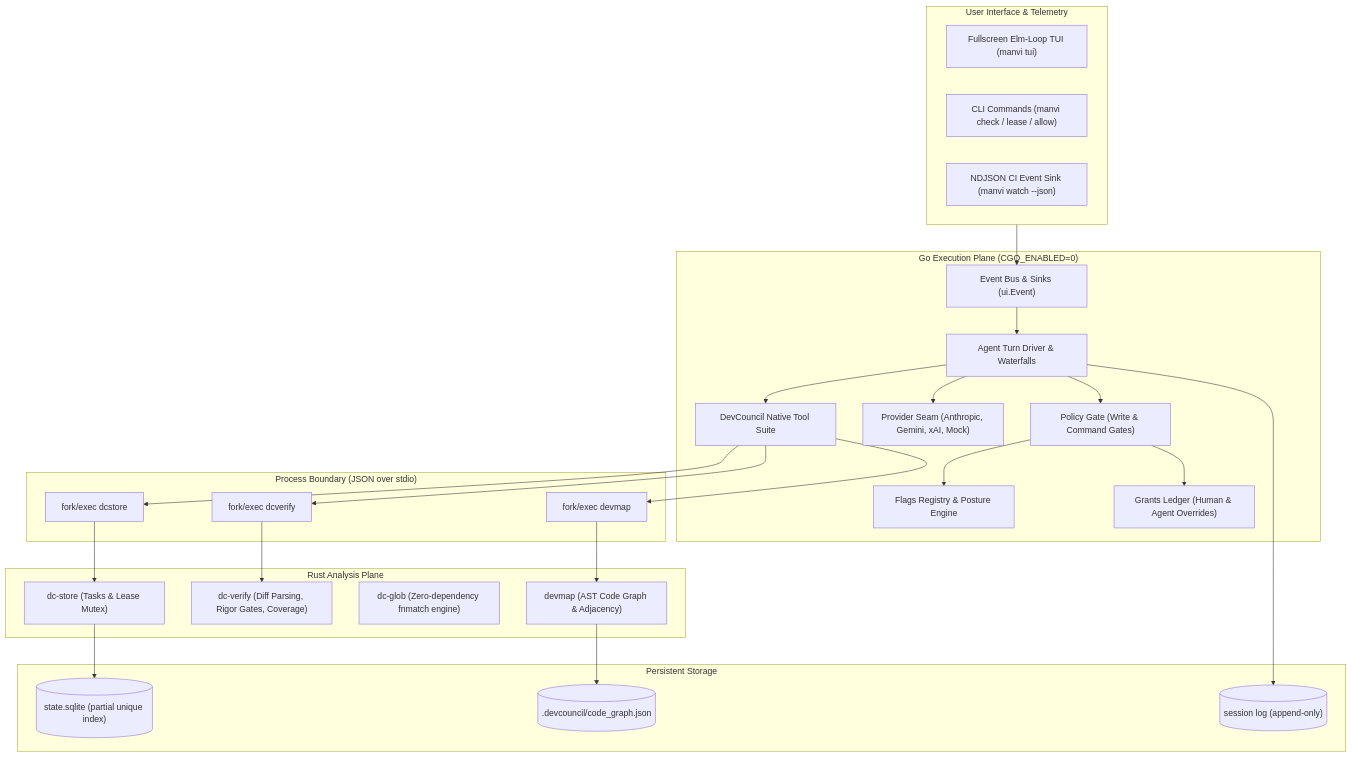
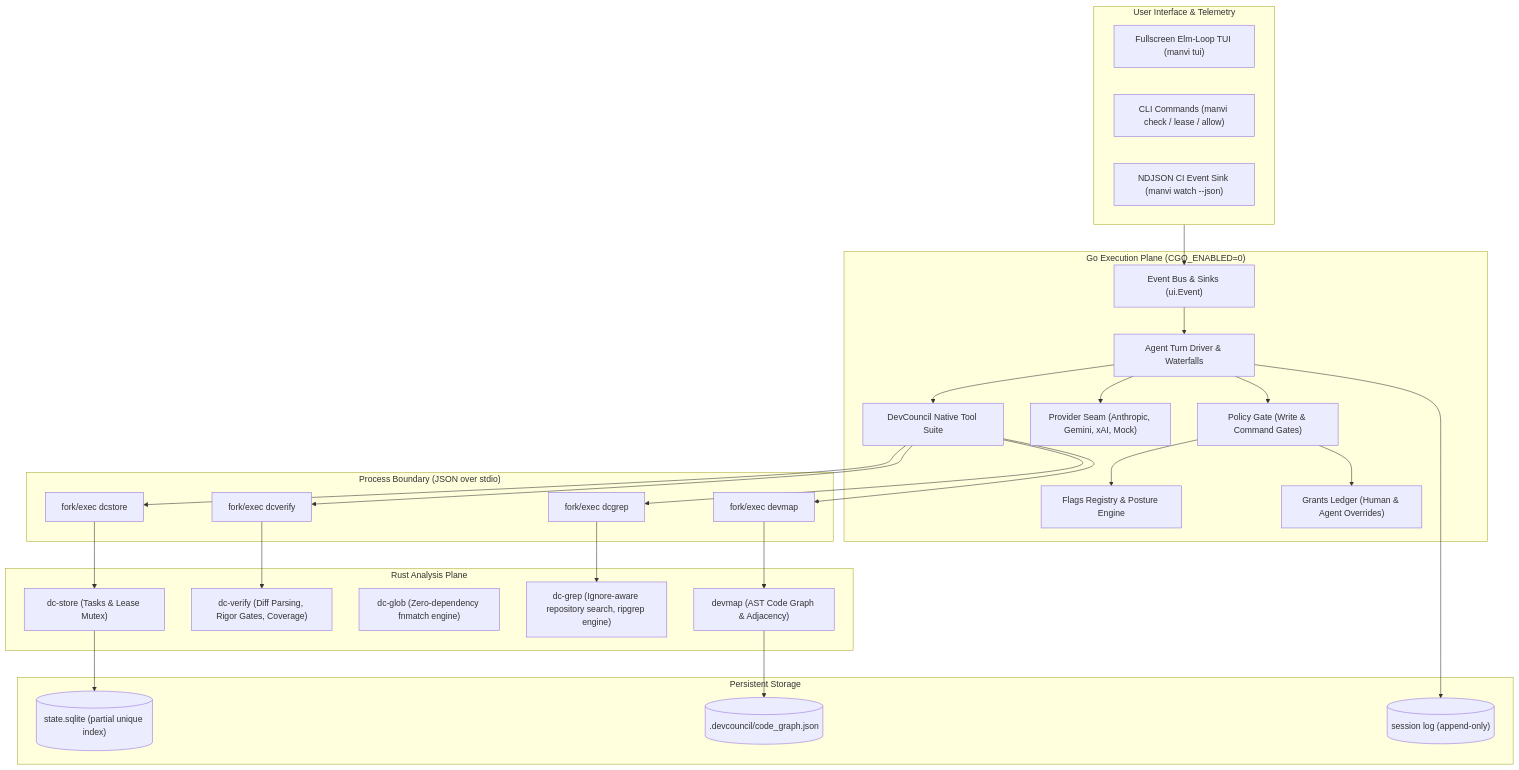
The first of 5 diagrams in docs/ARCHITECTURE.md (bharathvbcr/Manvi), drawn with Mermaid before and after one commit. The commit also changed other lines of this file and 25 other files, not shown here.

````diff
--- a/docs/ARCHITECTURE.md
+++ b/docs/ARCHITECTURE.md
@@ -11,52 +11,55 @@
 ```mermaid
 flowchart TB
     subgraph UserInterface["User Interface & Telemetry"]
         TUI["Fullscreen Elm-Loop TUI (manvi tui)"]
         CLI["CLI Commands (manvi check / lease / allow)"]
         Stream["NDJSON CI Event Sink (manvi watch --json)"]
     end
 
     subgraph GoPlane["Go Execution Plane (CGO_ENABLED=0)"]
         Bus["Event Bus & Sinks (ui.Event)"]
         AgentLoop["Agent Turn Driver & Waterfalls"]
         Registry["Flags Registry & Posture Engine"]
         Gate["Policy Gate (Write & Command Gates)"]
         Grants["Grants Ledger (Human & Agent Overrides)"]
         Providers["Provider Seam (Anthropic, Gemini, xAI, Mock)"]
         Tools["DevCouncil Native Tool Suite"]
     end
 
     subgraph ProcessBoundary["Process Boundary (JSON over stdio)"]
         IPC1["fork/exec dcstore"]
         IPC2["fork/exec dcverify"]
         IPC3["fork/exec devmap"]
+        IPC4["fork/exec dcgrep"]
     end
 
     subgraph RustPlane["Rust Analysis Plane"]
         DCStore["dc-store (Tasks & Lease Mutex)"]
         DCVerify["dc-verify (Diff Parsing, Rigor Gates, Coverage)"]
         DCGlob["dc-glob (Zero-dependency fnmatch engine)"]
+        DCGrep["dc-grep (Ignore-aware repository search, ripgrep engine)"]
         DevMap["devmap (AST Code Graph & Adjacency)"]
     end
 
     subgraph Storage["Persistent Storage"]
         SQLite[("state.sqlite (partial unique index)")]
         CodeGraph[(".devcouncil/code_graph.json")]
         SessionLog[("session log (append-only)")]
     end
 
     UserInterface --> Bus
     Bus --> AgentLoop
     AgentLoop --> Gate
     Gate --> Grants
     Gate --> Registry
     AgentLoop --> Providers
     AgentLoop --> Tools
-    Tools --> IPC1 & IPC2 & IPC3
+    Tools --> IPC1 & IPC2 & IPC3 & IPC4
     IPC1 --> DCStore
     IPC2 --> DCVerify
     IPC3 --> DevMap
+    IPC4 --> DCGrep
     DCStore --> SQLite
     DevMap --> CodeGraph
     AgentLoop --> SessionLog
 ```
````
